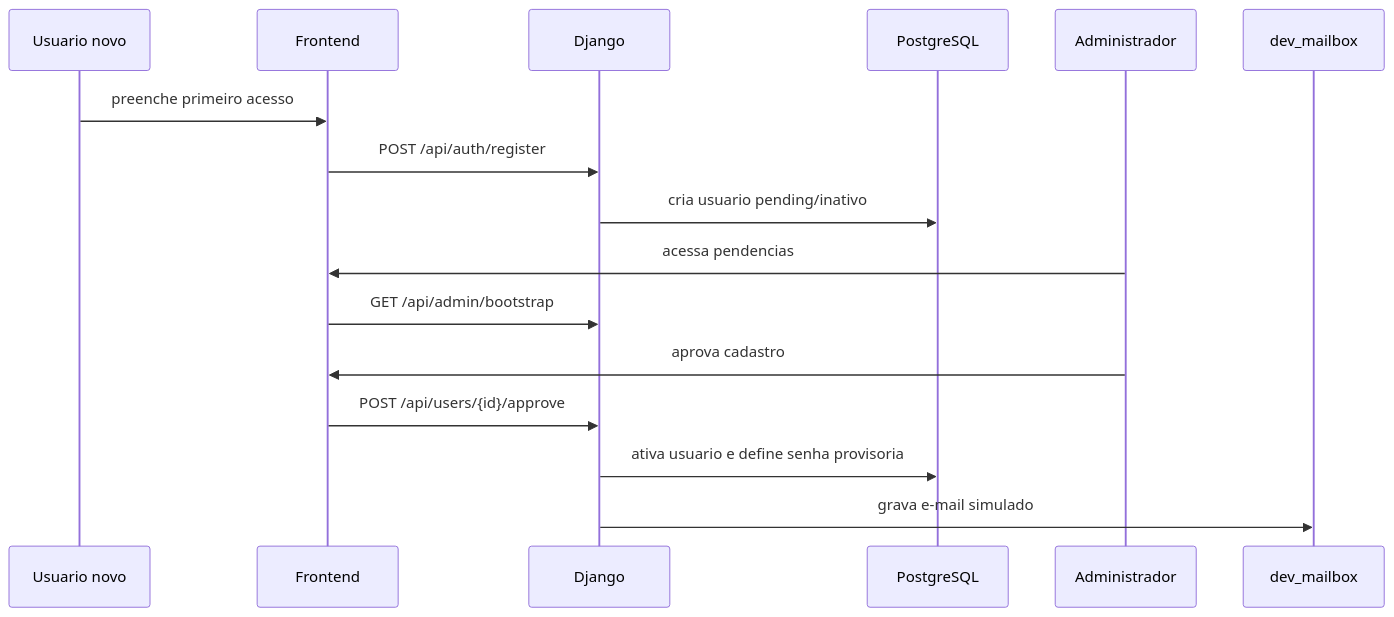
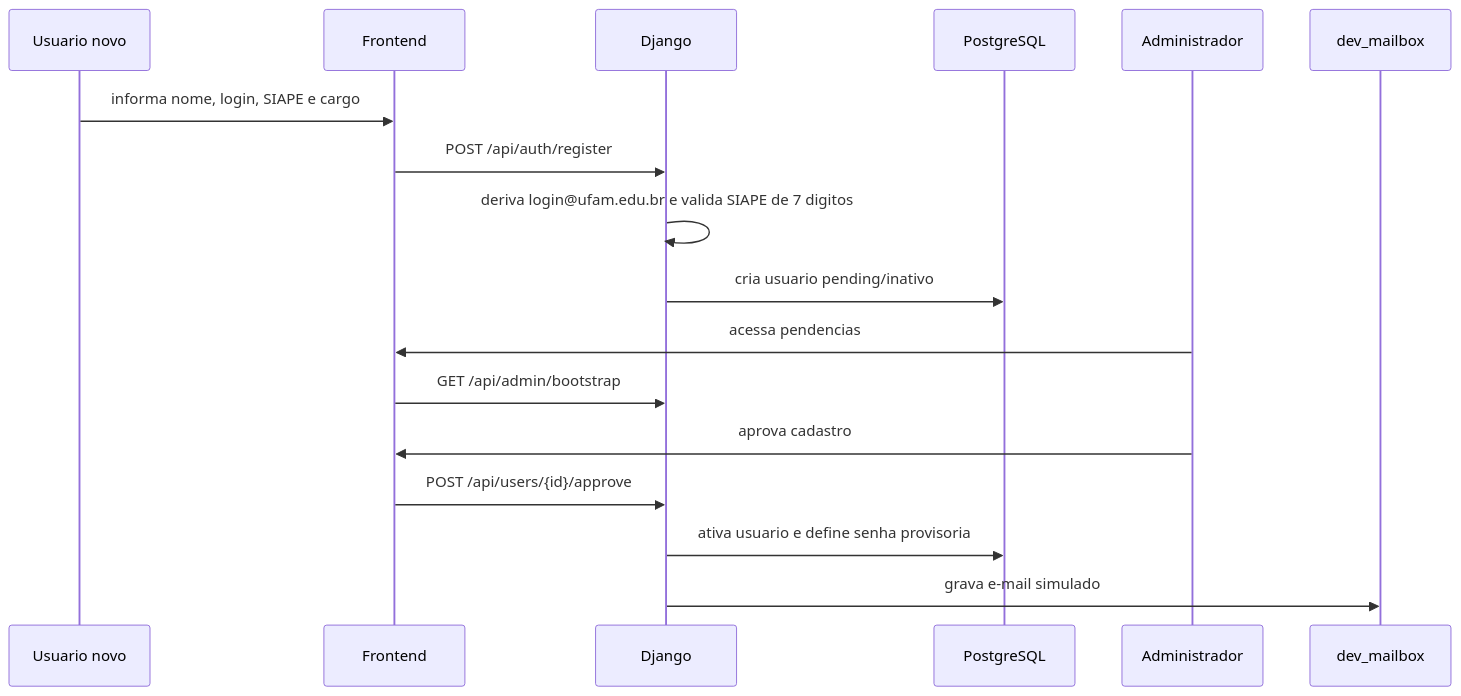
The second of 8 diagrams in doc/fluxos.md (alexandreggoncalves/os_icet), drawn with Mermaid before and after one commit. The commit also changed other lines of this file and 15 other files, not shown here.

````diff
--- a/doc/fluxos.md
+++ b/doc/fluxos.md
@@ -25,19 +25,20 @@
 ```mermaid
 sequenceDiagram
     participant U as Usuario novo
     participant F as Frontend
     participant D as Django
     participant DB as PostgreSQL
     participant A as Administrador
     participant M as dev_mailbox
 
-    U->>F: preenche primeiro acesso
+    U->>F: informa nome, login, SIAPE e cargo
     F->>D: POST /api/auth/register
+    D->>D: deriva login@ufam.edu.br e valida SIAPE de 7 digitos
     D->>DB: cria usuario pending/inativo
     A->>F: acessa pendencias
     F->>D: GET /api/admin/bootstrap
     A->>F: aprova cadastro
     F->>D: POST /api/users/{id}/approve
     D->>DB: ativa usuario e define senha provisoria
     D->>M: grava e-mail simulado
 ```
````
